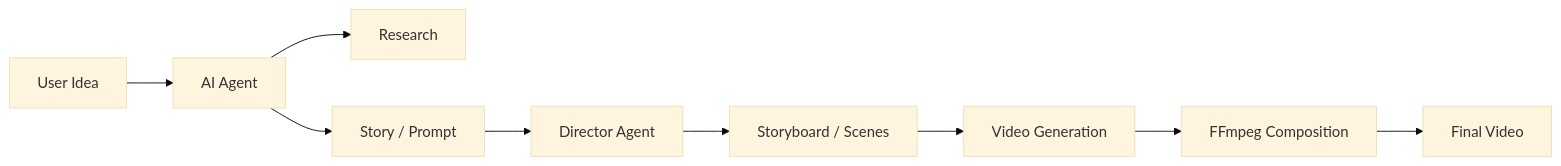
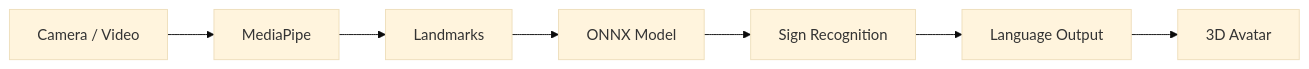
One commit to Nadjiba-Rahal/Nadjiba-Rahal changed the second of 5 diagrams in README.md. Above: the diagram before and after it, drawn with Mermaid (base theme). The commit also changed other lines of this file, not shown here.

````diff
--- a/README.md
+++ b/README.md
@@ -97,16 +164,9 @@
 ```mermaid
 flowchart LR
-
-    A["User Idea"] --> B["AI Agent"]
-
-    B --> C["Research"]
-    B --> D["Story / Prompt"]
-
-    D --> E["Director Agent"]
-    E --> F["Storyboard / Scenes"]
-
-    F --> G["Video Generation"]
-
-    G --> H["FFmpeg Composition"]
-    H --> I["Final Video"]
+    A[Camera / Video] --> B[MediaPipe]
+    B --> C[Landmarks]
+    C --> D[ONNX Model]
+    D --> E[Sign Recognition]
+    E --> F[Language Output]
+    F --> G[3D Avatar]
 ```
````
